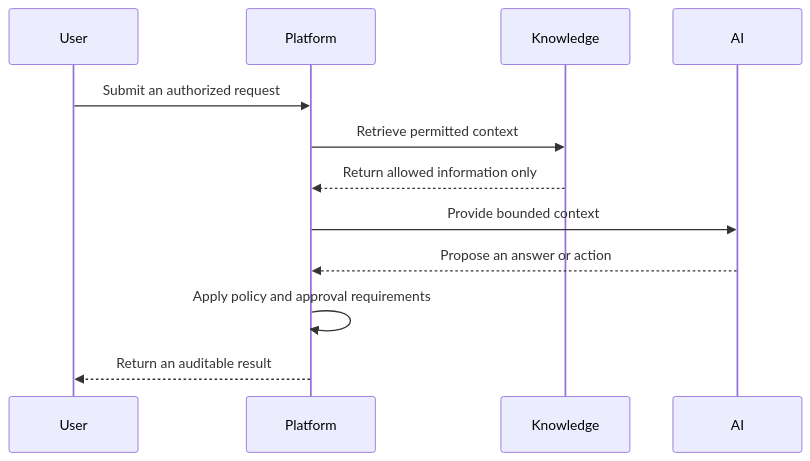
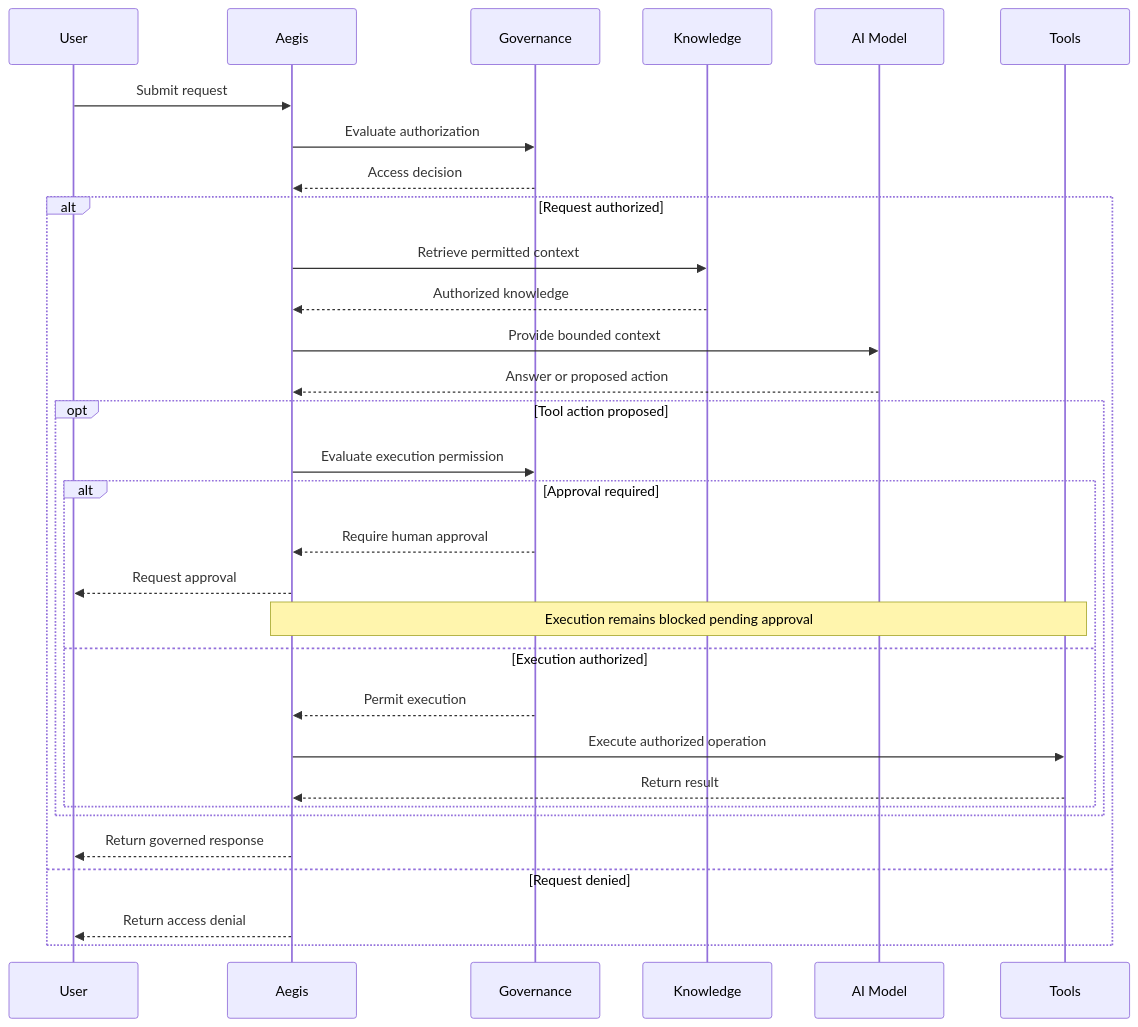
One commit to danielsal97/Local-First-Enterprise-AI-Platform changed the second of 2 diagrams in README.md. Above: the diagram before and after it, drawn with Mermaid. The commit also changed other lines of this file, not shown here.

````diff
--- a/README.md
+++ b/README.md
@@ -56,15 +223,39 @@
 ```mermaid
 sequenceDiagram
-    participant User
-    participant Platform
-    participant Knowledge
-    participant AI
+    participant U as User
+    participant P as Aegis
+    participant G as Governance
+    participant K as Knowledge
+    participant M as AI Model
+    participant T as Tools
 
-    User->>Platform: Submit an authorized request
-    Platform->>Knowledge: Retrieve permitted context
-    Knowledge-->>Platform: Return allowed information only
-    Platform->>AI: Provide bounded context
-    AI-->>Platform: Propose an answer or action
-    Platform->>Platform: Apply policy and approval requirements
-    Platform-->>User: Return an auditable result
+    U->>P: Submit request
+    P->>G: Evaluate authorization
+    G-->>P: Access decision
+
+    alt Request authorized
+        P->>K: Retrieve permitted context
+        K-->>P: Authorized knowledge
+
+        P->>M: Provide bounded context
+        M-->>P: Answer or proposed action
+
+        opt Tool action proposed
+            P->>G: Evaluate execution permission
+
+            alt Approval required
+                G-->>P: Require human approval
+                P-->>U: Request approval
+                Note over P,T: Execution remains blocked pending approval
+            else Execution authorized
+                G-->>P: Permit execution
+                P->>T: Execute authorized operation
+                T-->>P: Return result
+            end
+        end
+
+        P-->>U: Return governed response
+    else Request denied
+        P-->>U: Return access denial
+    end
 ```
````
